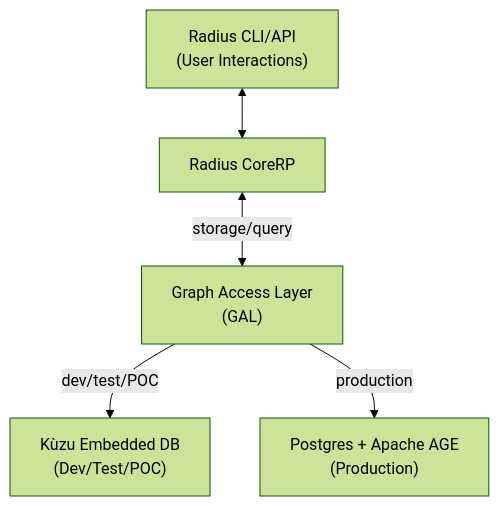
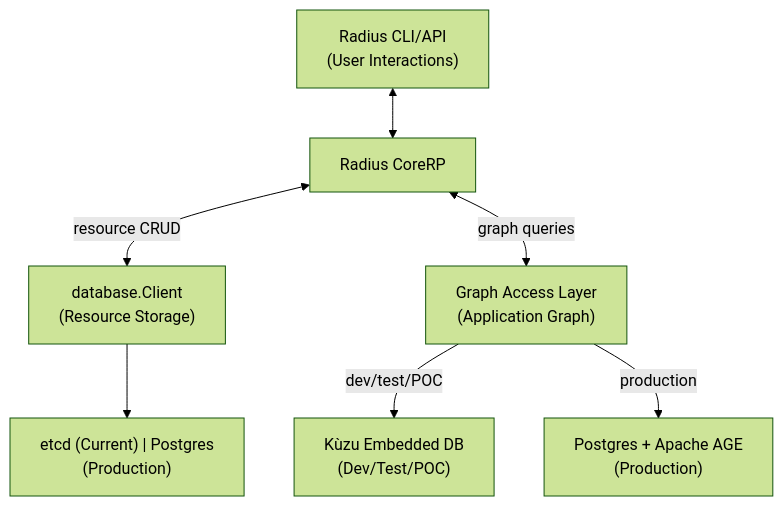
One commit to radius-project/design-notes changed the first of 2 diagrams in architecture/2025-06-non-k8s-controlplane/2025-06-graph-db-replace-planes.md. Above: the diagram before and after it, drawn with Mermaid (forest theme). The commit also changed other lines of this file, not shown here.

Commit message:
Major rework to highlight moving graph only and the challenges with doing all data storage via graph today with multiple RPs writing to the same data store.

````diff
--- a/architecture/2025-06-non-k8s-controlplane/2025-06-graph-db-replace-planes.md
+++ b/architecture/2025-06-non-k8s-controlplane/2025-06-graph-db-replace-planes.md
@@ -155,13 +188,17 @@
 ```mermaid
 graph TD
     A["Radius CLI/API <br/>(User Interactions)"]
     B["Radius CoreRP<br/>"]
-    D["Graph Access Layer <br/>(GAL)"]
-    E1["Kùzu Embedded DB <br/>(Dev/Test/POC)"]
-    E2["Postgres + Apache AGE <br/>(Production)"]
+    C["database.Client <br/>(Resource Storage)"]
+    D["Graph Access Layer <br/>(Application Graph)"]
+    E1["etcd (Current) | Postgres <br/>(Production)"]
+    F1["Kùzu Embedded DB <br/>(Dev/Test/POC)"]
+    F2["Postgres + Apache AGE <br/>(Production)"]
 
     A <--> B
-    B <-->|"storage/query"| D
-    D -- "dev/test/POC" --> E1
-    D -- "production" --> E2
+    B <-->|"resource CRUD"| C
+    B <-->|"graph queries"| D
+    C --> E1
+    D -- "dev/test/POC" --> F1
+    D -- "production" --> F2
 ```
````
